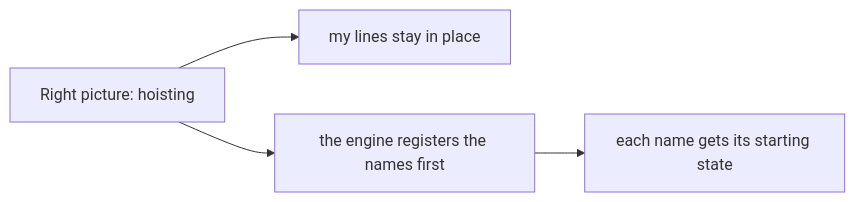
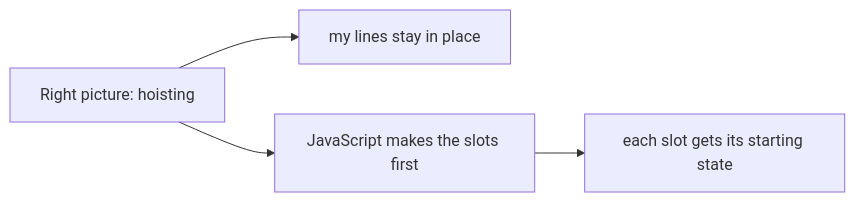
One commit to starjustice/research-material changed the fifth of 6 diagrams in learn/javascript/01-variables-scope-and-hoisting.md. Above: the diagram before and after it, drawn with Mermaid. The commit also changed other lines of this file and 10 other files, not shown here.

First line of the commit message:
Rewrite JavaScript lessons 01, 05, 09 and 11 in simpler words

````diff
--- a/learn/javascript/01-variables-scope-and-hoisting.md
+++ b/learn/javascript/01-variables-scope-and-hoisting.md
@@ -89,6 +91,6 @@
 ```mermaid
 graph LR
     A["Right picture: hoisting"] --> B["my lines stay in place"]
-    A --> C["the engine registers the names first"]
-    C --> D["each name gets its starting state"]
+    A --> C["JavaScript makes the slots first"]
+    C --> D["each slot gets its starting state"]
 ```
````
